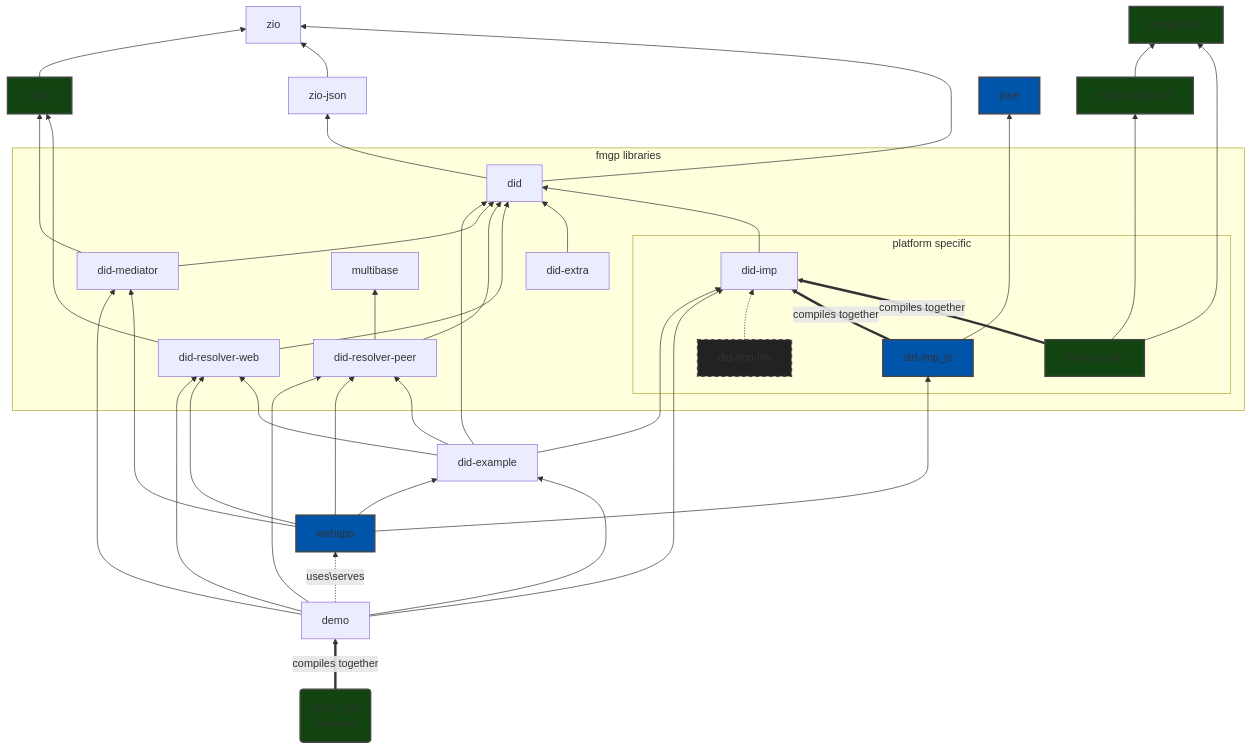
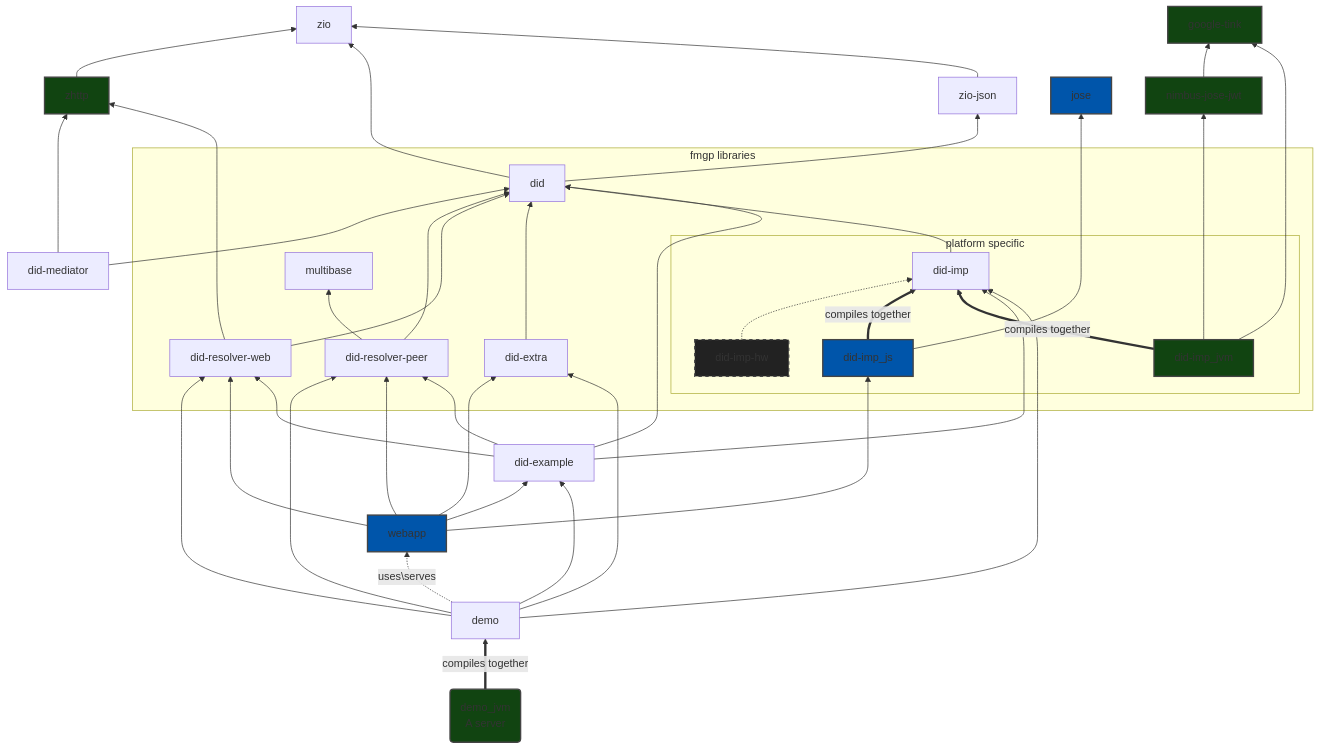
The diagram in README.md (FabioPinheiro/scala-did), drawn with Mermaid before and after one commit. The commit also changed other lines of this file and 22 other files, not shown here.

First line of the commit message:
Move logic from other models into did-extra

````diff
--- a/README.md
+++ b/README.md
@@ -97,57 +105,57 @@
 ```mermaid
 flowchart BT
 
   zhttp --> zio
+  did --> zio
   zio-json --> zio
-  did --> zio
   did --> zio-json
   did-mediator ---> zhttp:::JVM
+  did-mediator --> did 
   did-resolver-web ----> zhttp:::JVM
-  
-  did-example ----> did
-  did-example --> did-imp
-  demo --> did-imp 
 
   subgraph fmgp libraries
-    did-mediator --> did 
+    did-resolver-peer --> multibase
     subgraph platform specific
       did-imp
       did-imp-hw:::Others -.-> did-imp
       did-imp_js:::JS ==>|compiles together| did-imp
       did-imp_jvm:::JVM ==>|compiles together| did-imp
     end
-    did-resolver-peer --> multibase
     did-resolver-peer --> did
     did-resolver-web --> did
     did-extra --> did
     did-imp --> did
   end
+
+  did-example ----> did
+  did-example --> did-imp
+  demo --> did-imp 
 
   did-imp_jvm:::JVM ----> nimbus-jose-jwt:::JVM --> google-tink:::JVM
   did-imp_jvm:::JVM ---> google-tink
 
   did-imp_js ----> jose:::JS
 
   %% subgraph demo/docs
-    demo --> did-mediator
+    webapp:::JS --> did-extra
+    demo --> did-extra
     demo --> did-resolver-web
     demo --> did-resolver-peer
-    webapp:::JS --> did-mediator
     webapp:::JS --> did-imp_js
     webapp:::JS  --> did-resolver-web
     webapp:::JS  --> did-resolver-peer
     webapp:::JS  --> did-example
     demo  --> did-example
     demo -.->|uses\serves| webapp
 
     demo_jvm(demo_jvm\nA server):::JVM ==>|compiles together| demo
 
     did-example  --> did-resolver-peer
     did-example  --> did-resolver-web
   %% end
 
   classDef JVM fill:#141,stroke:#444,stroke-width:2px;
   classDef JS fill:#05a,stroke:#444,stroke-width:2px;
   classDef Others fill:#222,stroke:#444,stroke-width:2px,stroke-dasharray: 5 5;
 
 ```
````
